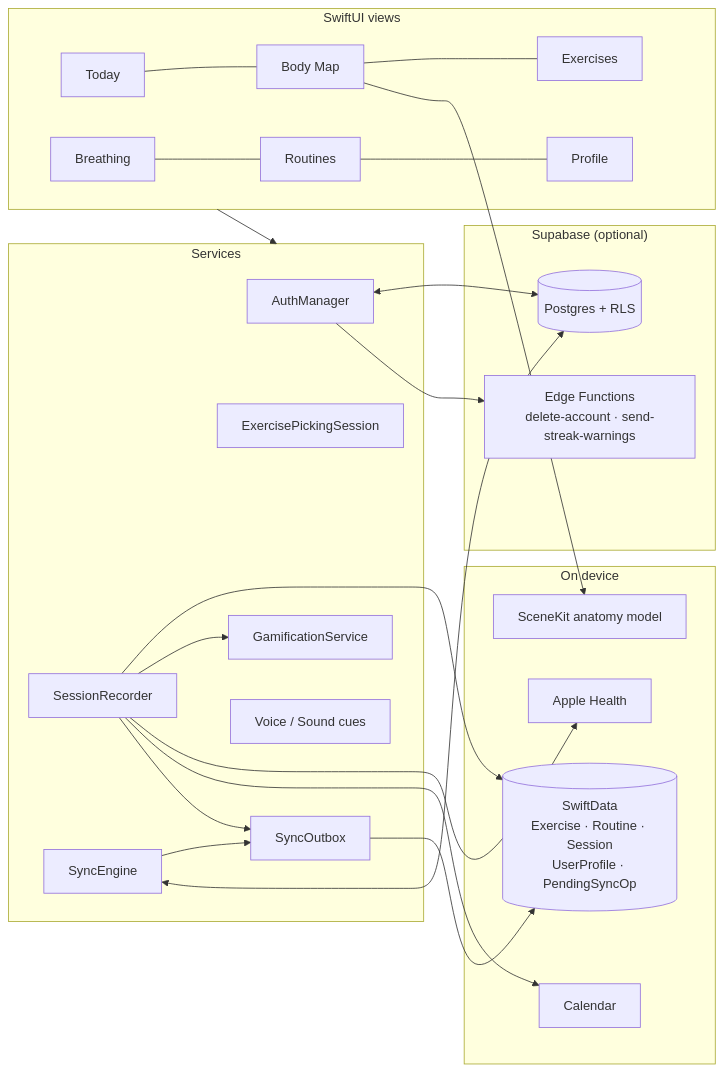
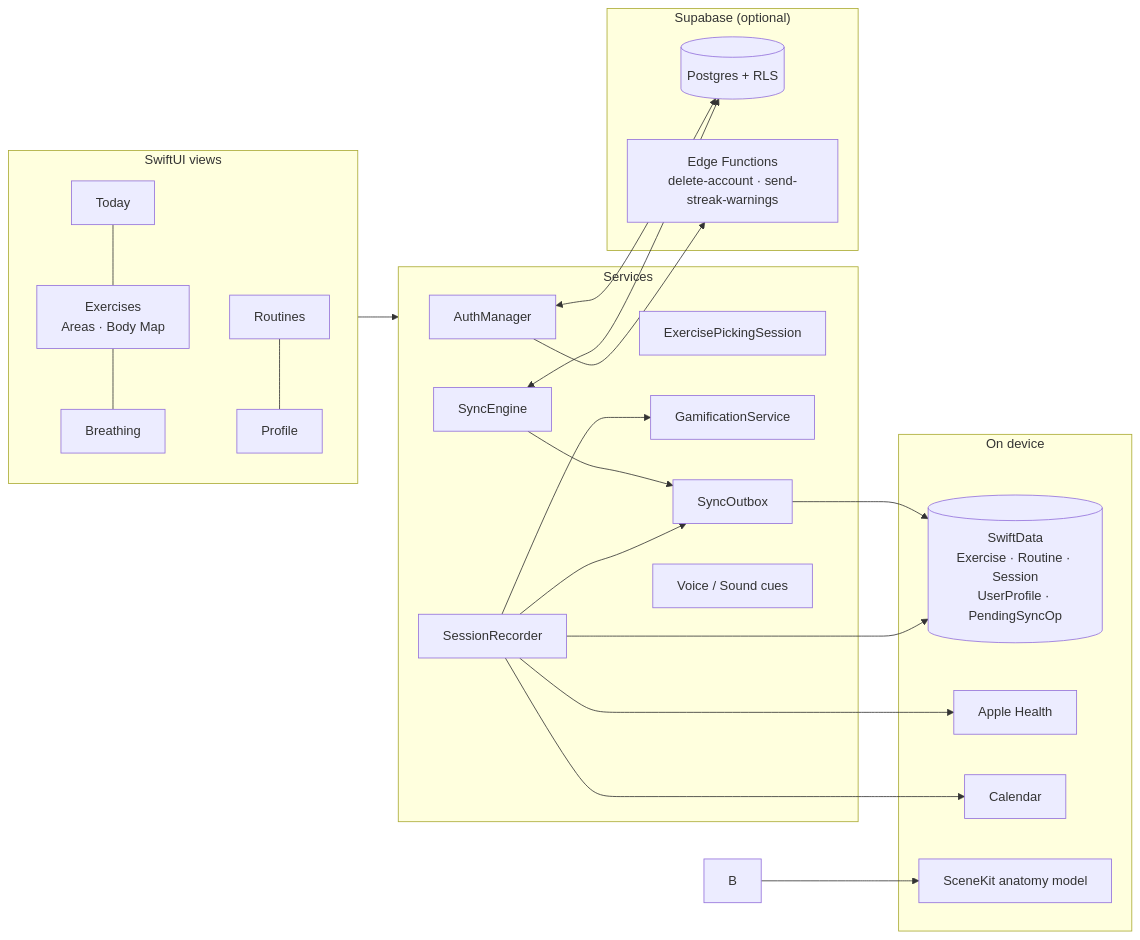
Before and after one commit to jasqnlu/Dial-Down---Breathe-and-Relax: the first of 9 diagrams in README.md, drawn with Mermaid. The commit also changed other lines of this file and 29 other files, not shown here.

````diff
--- a/README.md
+++ b/README.md
@@ -154,38 +154,38 @@
 ```mermaid
 flowchart LR
     subgraph UI["SwiftUI views"]
-        T[Today] --- B[Body Map] --- E[Exercises]
-        BR[Breathing] --- R[Routines] --- P[Profile]
+        T[Today] --- E[Exercises<br/>Areas · Body Map] --- BR[Breathing]
+        R[Routines] --- P[Profile]
     end
 
     subgraph Services
         AM[AuthManager]
         PS[ExercisePickingSession]
         SR[SessionRecorder]
         GS[GamificationService]
         SO[SyncOutbox]
         SE[SyncEngine]
         VC[Voice / Sound cues]
     end
 
     subgraph Device["On device"]
         SD[(SwiftData<br/>Exercise · Routine · Session<br/>UserProfile · PendingSyncOp)]
         HK[Apple Health]
         CAL[Calendar]
         SCN[SceneKit anatomy model]
     end
 
     subgraph Cloud["Supabase (optional)"]
         PG[(Postgres + RLS)]
         EF[Edge Functions<br/>delete-account · send-streak-warnings]
     end
 
     UI --> Services
     B --> SCN
     SR --> SD & GS & HK & CAL & SO
     SO --> SD
     SE --> SO
     SE <--> PG
     AM <--> PG
     AM --> EF
 ```
````
